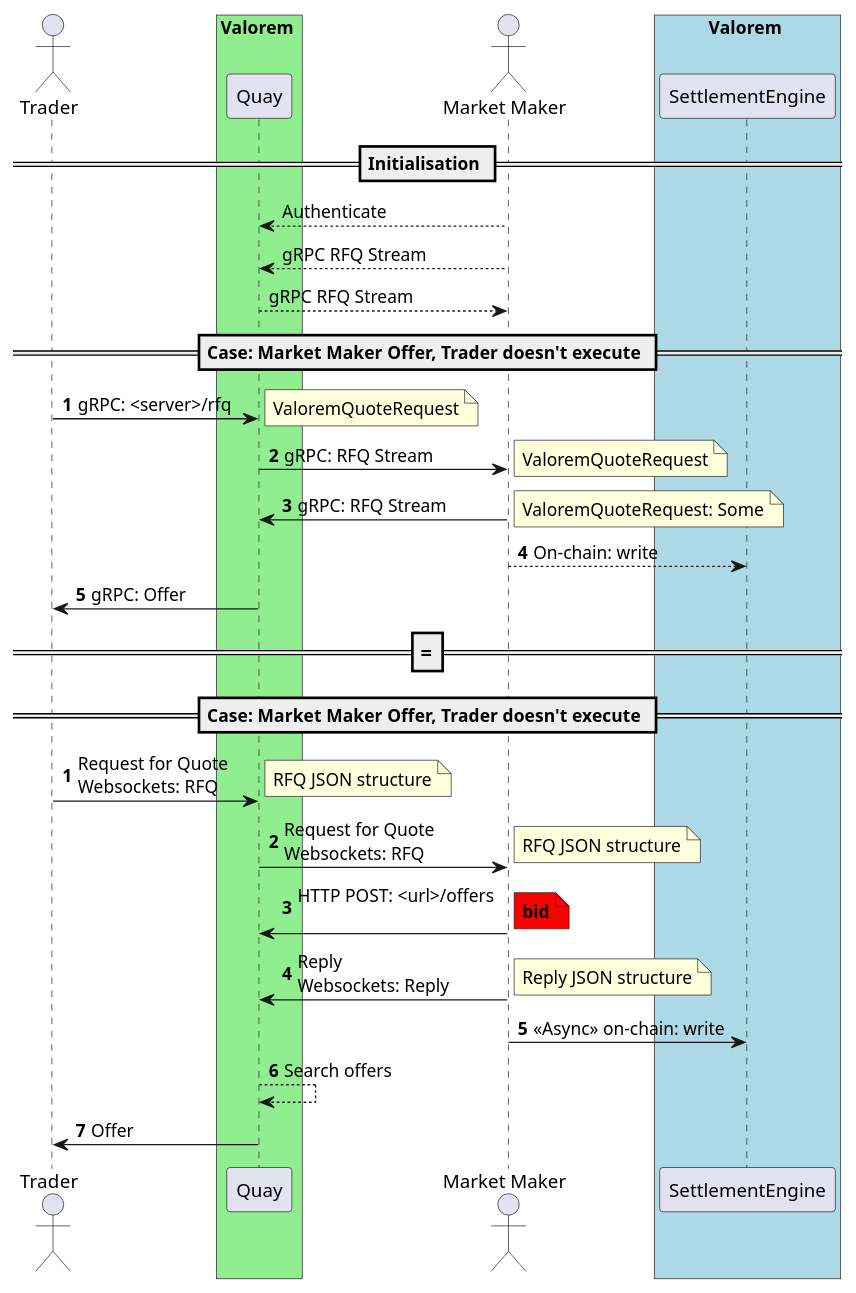
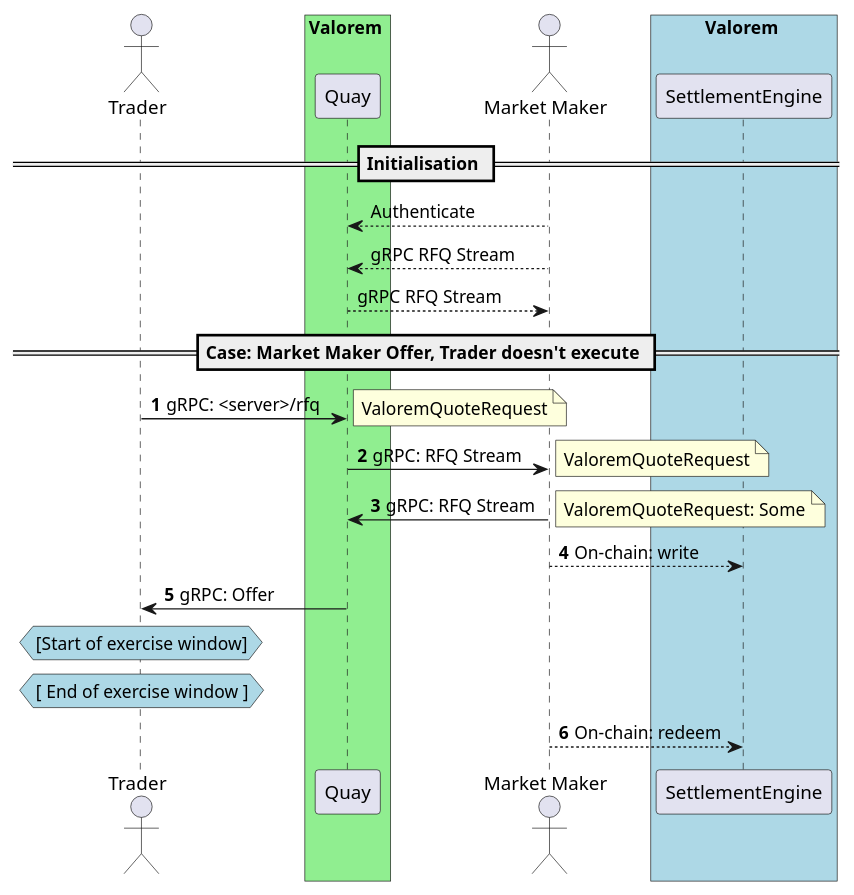
Before and after one commit to valorem-labs-inc/quay: the diagram in docs/diagrams/mm_offer_trader_doesnt_execute.pu, drawn with PlantUML. The commit also changed 5 other files, not shown here.

```diff
--- a/docs/diagrams/mm_offer_trader_doesnt_execute.pu
+++ b/docs/diagrams/mm_offer_trader_doesnt_execute.pu
@@ -1,55 +1,40 @@
 @startuml
 
 actor Trader
 box Valorem #LightGreen
 participant Quay
 end box
 actor "Market Maker" as MM
 box Valorem #LightBlue
 participant SettlementEngine as SE
 end box
 
 == Initialisation ==
 MM --> Quay: Authenticate
 MM --> Quay: gRPC RFQ Stream
 Quay --> MM: gRPC RFQ Stream
 
 == Case: Market Maker Offer, Trader doesn't execute ==
 autonumber
 Trader -> Quay: gRPC: <server>/rfq
 note right
 ValoremQuoteRequest
 end note
 Quay -> MM: gRPC: RFQ Stream
 note right
 ValoremQuoteRequest
 end note
 MM -> Quay: gRPC: RFQ Stream
 note right
 ValoremQuoteRequest: Some
 end note
 MM --> SE: On-chain: write
 Quay -> Trader: gRPC: Offer
-=======
-== Case: Market Maker Offer, Trader doesn't execute ==
-autonumber
-Trader -> Quay: Request for Quote\nWebsockets: RFQ
-note right
-RFQ JSON structure
-end note
-Quay -> MM: Request for Quote\nWebsockets: RFQ
-note right
-RFQ JSON structure
-end note
-MM -> Quay: HTTP POST: <url>/offers\n
-note right #red
-**bid**
-end note
-MM -> Quay: Reply\nWebsockets: Reply
-note right
-Reply JSON structure
-end note
-MM -> SE: <<Async>> on-chain: write
-Quay --> Quay: Search offers
-Quay -> Trader: Offer
+hnote over Trader #lightBlue
+[Start of exercise window]
+end hnote
+hnote over Trader #lightBlue
+[ End of exercise window ]
+end hnote
+MM --> SE: On-chain: redeem
 @enduml
```
